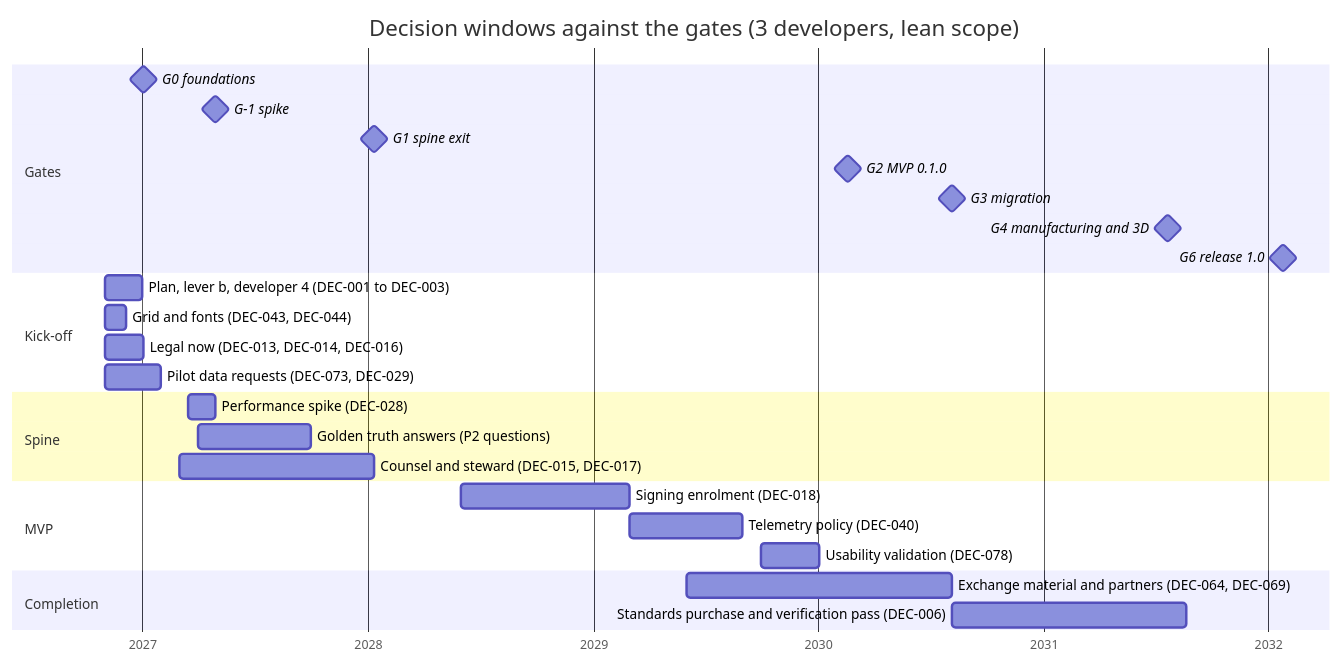
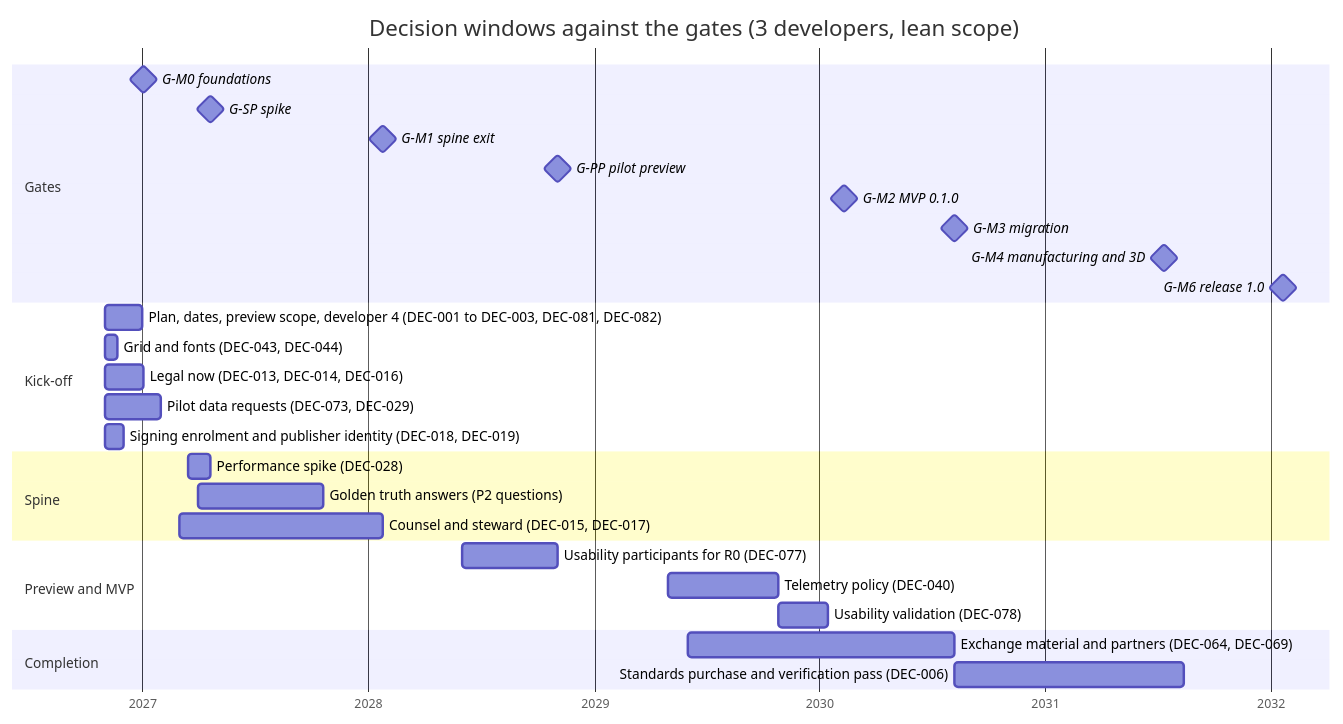
Before and after one commit to Ironkode787/ElektraWatt: the diagram in docs/plan/06-decision-log.md, drawn with Mermaid. The commit also changed other lines of this file and 44 other files, not shown here.

````diff
--- a/docs/plan/06-decision-log.md
+++ b/docs/plan/06-decision-log.md
@@ -215,30 +232,32 @@
 ```mermaid
 gantt
   title Decision windows against the gates (3 developers, lean scope)
   dateFormat YYYY-MM-DD
   axisFormat %Y
   section Gates
-  G0 foundations :milestone, g0, 2027-01-03, 0d
-  G-1 spike :milestone, gm1, 2027-04-30, 0d
-  G1 spine exit :milestone, g1, 2028-01-11, 0d
-  G2 MVP 0.1.0 :milestone, g2, 2030-02-17, 0d
-  G3 migration :milestone, g3, 2030-08-06, 0d
-  G4 manufacturing and 3D :milestone, g4, 2031-07-21, 0d
-  G6 release 1.0 :milestone, g6, 2032-01-25, 0d
+  G-M0 foundations :milestone, g0, 2027-01-03, 0d
+  G-SP spike :milestone, gsp, 2027-04-20, 0d
+  G-M1 spine exit :milestone, g1, 2028-01-24, 0d
+  G-PP pilot preview :milestone, gpp, 2028-11-03, 0d
+  G-M2 MVP 0.1.0 :milestone, g2, 2030-02-09, 0d
+  G-M3 migration :milestone, g3, 2030-08-07, 0d
+  G-M4 manufacturing and 3D :milestone, g4, 2031-07-12, 0d
+  G-M6 release 1.0 :milestone, g6, 2032-01-21, 0d
   section Kick-off
-  Plan, lever b, developer 4 (DEC-001 to DEC-003) :a1, 2026-11-01, 2026-12-31
-  Grid and fonts (DEC-043, DEC-044) :a2, 2026-11-01, 2026-12-05
+  Plan, dates, preview scope, developer 4 (DEC-001 to DEC-003, DEC-081, DEC-082) :a1, 2026-11-01, 2026-12-31
+  Grid and fonts (DEC-043, DEC-044) :a2, 2026-11-01, 2026-11-22
   Legal now (DEC-013, DEC-014, DEC-016) :a3, 2026-11-01, 2027-01-03
   Pilot data requests (DEC-073, DEC-029) :a4, 2026-11-01, 2027-01-31
+  Signing enrolment and publisher identity (DEC-018, DEC-019) :a5, 2026-11-01, 2026-12-02
   section Spine
-  Performance spike (DEC-028) :b1, 2027-03-15, 2027-04-30
-  Golden truth answers (P2 questions) :b2, 2027-04-01, 2027-10-01
-  Counsel and steward (DEC-015, DEC-017) :b3, 2027-03-01, 2028-01-11
-  section MVP
-  Signing enrolment (DEC-018) :c1, 2028-06-01, 2029-02-28
-  Telemetry policy (DEC-040) :c2, 2029-03-01, 2029-08-31
-  Usability validation (DEC-078) :c3, 2029-10-01, 2030-01-03
+  Performance spike (DEC-028) :b1, 2027-03-15, 2027-04-20
+  Golden truth answers (P2 questions) :b2, 2027-04-01, 2027-10-20
+  Counsel and steward (DEC-015, DEC-017) :b3, 2027-03-01, 2028-01-24
+  section Preview and MVP
+  Usability participants for R0 (DEC-077) :c0, 2028-06-01, 2028-11-03
+  Telemetry policy (DEC-040) :c2, 2029-05-01, 2029-10-26
+  Usability validation (DEC-078) :c3, 2029-10-26, 2030-01-15
   section Completion
-  Exchange material and partners (DEC-064, DEC-069) :d1, 2029-06-01, 2030-08-06
-  Standards purchase and verification pass (DEC-006) :d2, 2030-08-06, 2031-08-21
+  Exchange material and partners (DEC-064, DEC-069) :d1, 2029-06-01, 2030-08-07
+  Standards purchase and verification pass (DEC-006) :d2, 2030-08-07, 2031-08-14
 ```
````
